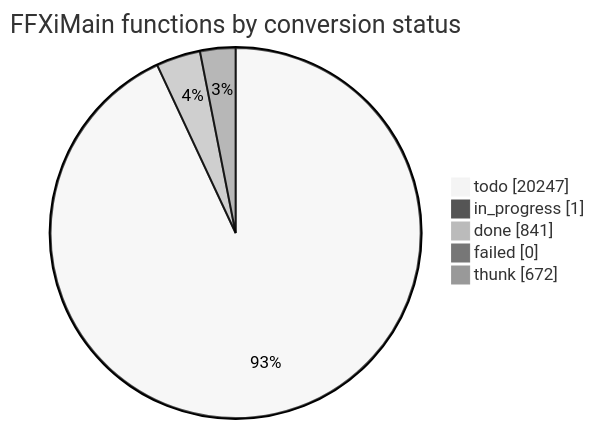
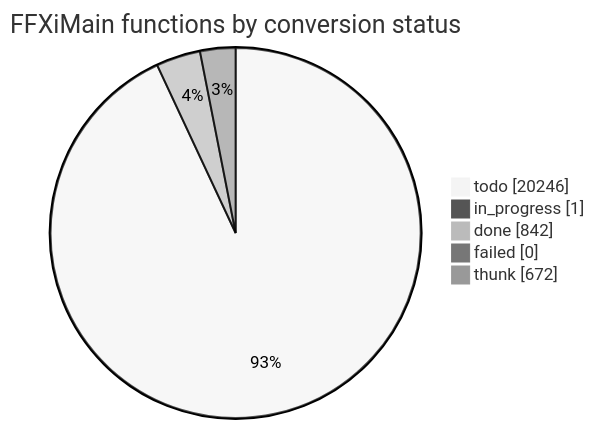
Before and after one commit to cowrevenge/cow_kuluu_xi_anything: the diagram in docs/cow/STATUS.md, drawn with Mermaid (neutral theme). The commit also changed other lines of this file and 9 other files, not shown here.

````diff
--- a/docs/cow/STATUS.md
+++ b/docs/cow/STATUS.md
@@ -18,9 +18,9 @@
 ```mermaid
 pie showData
     title FFXiMain functions by conversion status
-    "todo" : 20247
+    "todo" : 20246
     "in_progress" : 1
-    "done" : 841
+    "done" : 842
     "failed" : 0
     "thunk" : 672
 ```
````
